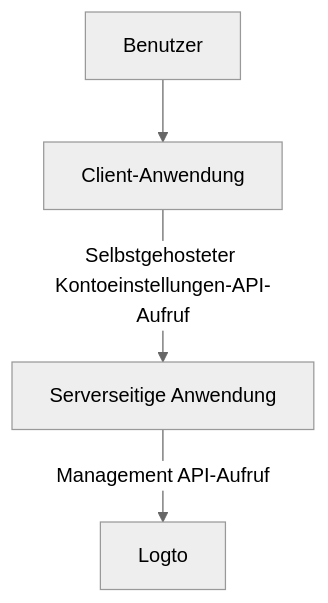
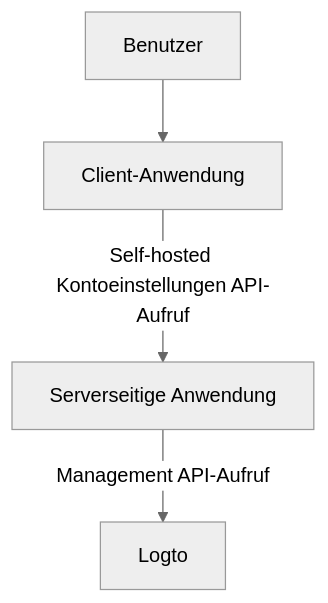
Before and after one commit to logto-io/docs: the first of 3 diagrams in i18n/de/docusaurus-plugin-content-docs/current/end-user-flows/account-settings/by-management-api.mdx, drawn with Mermaid (neutral theme). The commit also changed other lines of this file and 137 other files, not shown here.

````diff
--- a/i18n/de/docusaurus-plugin-content-docs/current/end-user-flows/account-settings/by-management-api.mdx
+++ b/i18n/de/docusaurus-plugin-content-docs/current/end-user-flows/account-settings/by-management-api.mdx
@@ -13,6 +13,7 @@
 ```mermaid
   graph TB
-    A[Benutzer] --> B[Client-Anwendung]
-    B -->|Selbstgehosteter Kontoeinstellungen-API-Aufruf|C[Serverseitige Anwendung]
+    A[Benutzer]
+    --> B[Client-Anwendung]
+    B -->|Self-hosted Kontoeinstellungen API-Aufruf|C[Serverseitige Anwendung]
     C -->|Management API-Aufruf| D[Logto]
 ```
````
